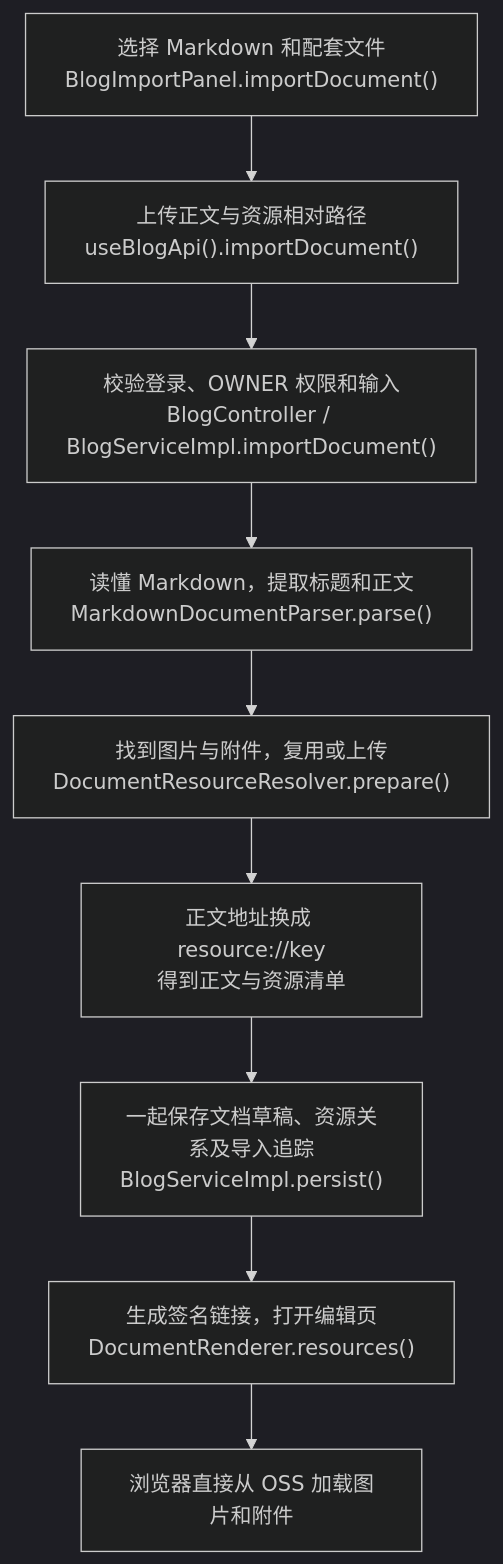
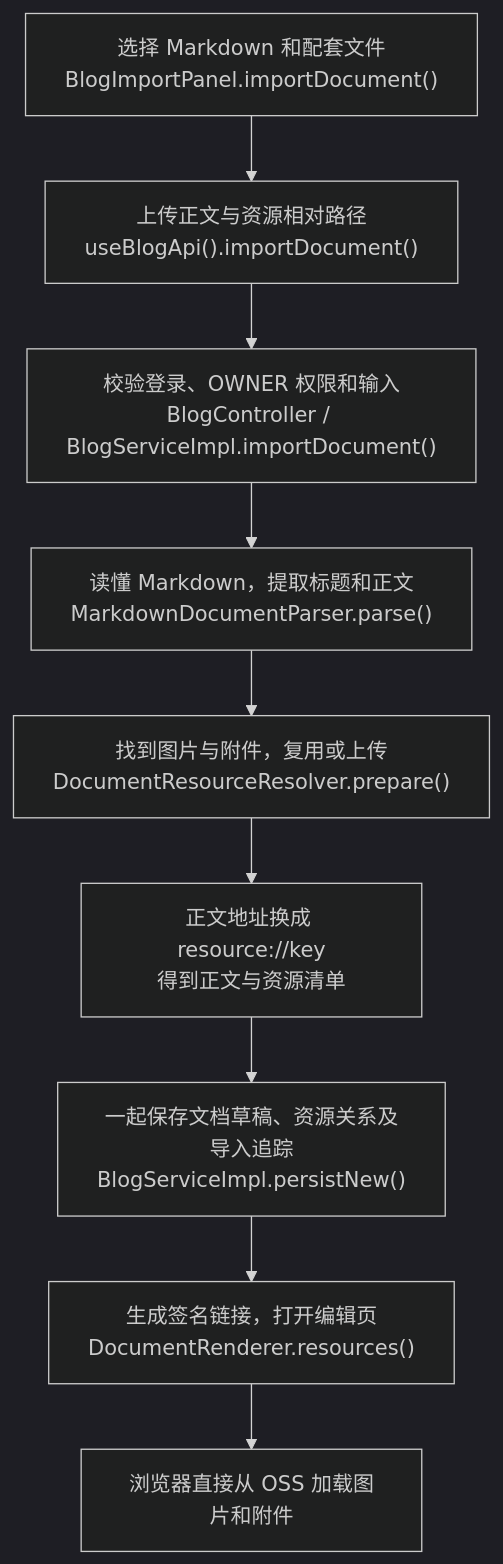
One commit to WKING66/mai-s-portfolio changed the diagram in resources/learning/document-import-quick-guide.md. Above: the diagram before and after it, drawn with Mermaid (dark theme). The commit also changed other lines of this file and 21 other files, not shown here.

````diff
--- a/resources/learning/document-import-quick-guide.md
+++ b/resources/learning/document-import-quick-guide.md
@@ -9,11 +9,11 @@
 ```mermaid
 flowchart TD
     A["选择 Markdown 和配套文件<br/>BlogImportPanel.importDocument()"] --> B["上传正文与资源相对路径<br/>useBlogApi().importDocument()"]
     B --> C["校验登录、OWNER 权限和输入<br/>BlogController / BlogServiceImpl.importDocument()"]
     C --> D["读懂 Markdown，提取标题和正文<br/>MarkdownDocumentParser.parse()"]
     D --> E["找到图片与附件，复用或上传<br/>DocumentResourceResolver.prepare()"]
     E --> F["正文地址换成 resource://key<br/>得到正文与资源清单"]
-    F --> G["一起保存文档草稿、资源关系及导入追踪<br/>BlogServiceImpl.persist()"]
+    F --> G["一起保存文档草稿、资源关系及导入追踪<br/>BlogServiceImpl.persistNew()"]
     G --> H["生成签名链接，打开编辑页<br/>DocumentRenderer.resources()"]
     H --> I["浏览器直接从 OSS 加载图片和附件"]
 ```
````
